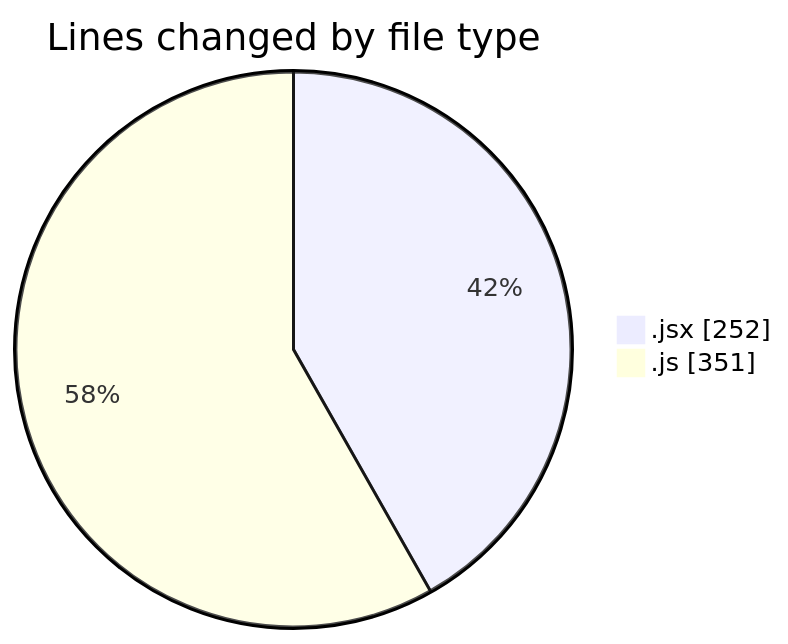
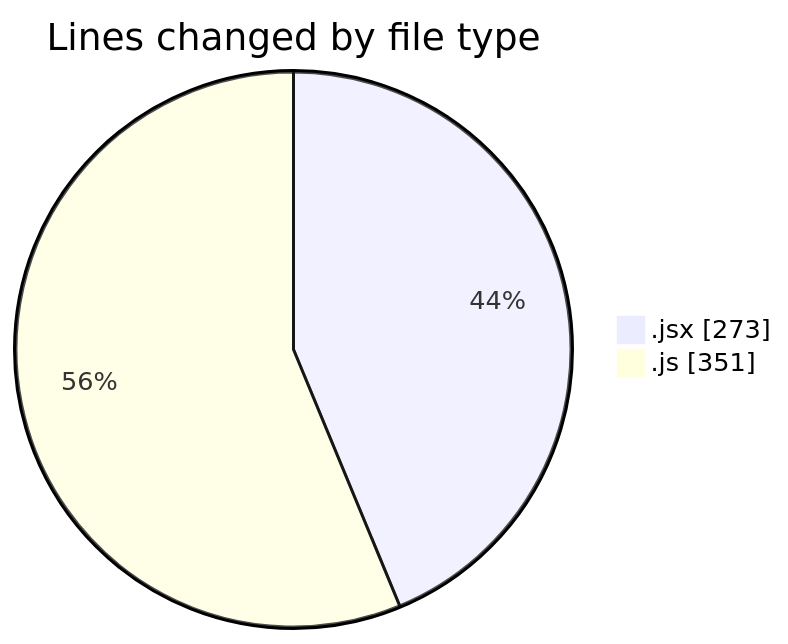
Before and after one commit to momahboobian/code-tracking: the first of 2 diagrams in 2026-02-12/cda/README.md, drawn with Mermaid. The commit also changed other lines of this file and 1 other file, not shown here.

````diff
--- a/2026-02-12/cda/README.md
+++ b/2026-02-12/cda/README.md
@@ -23,6 +23,6 @@
 ```mermaid
 pie showData
 title Lines changed by file type
-".jsx" : 252
+".jsx" : 273
 ".js" : 351
 ```
````
